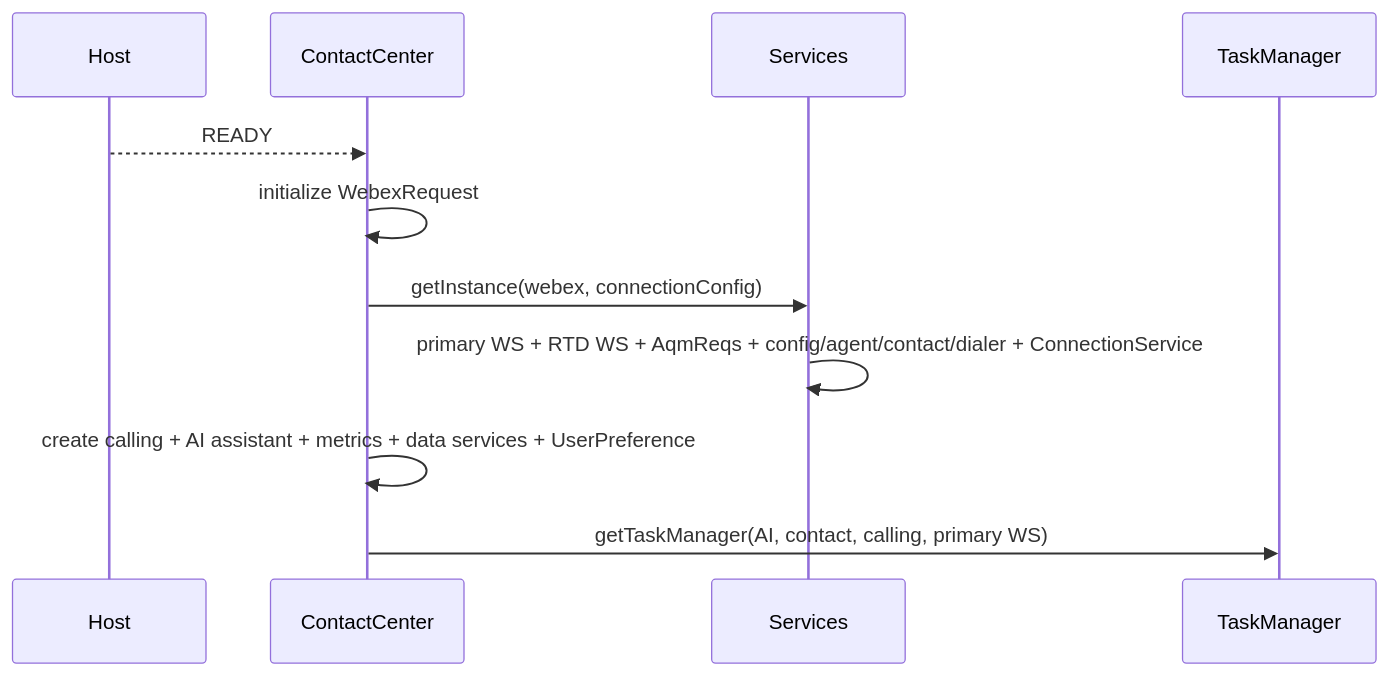
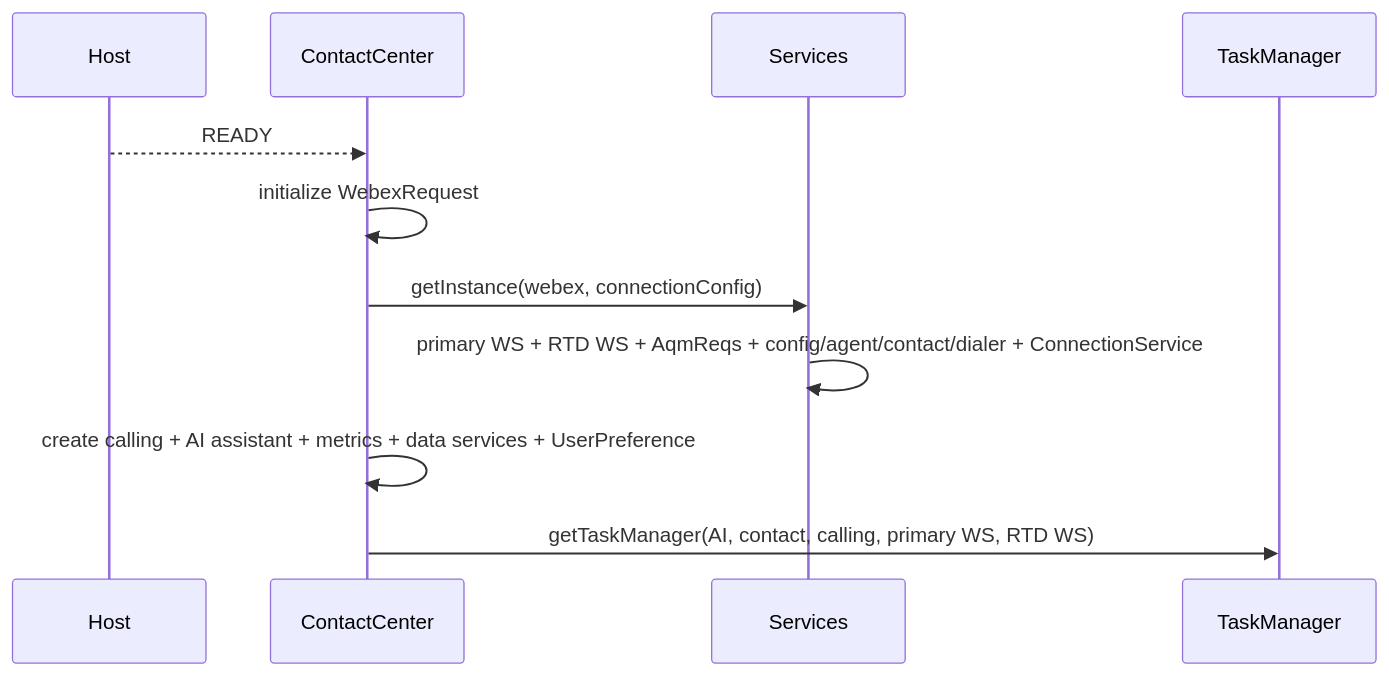
The second of 6 diagrams in packages/@webex/contact-center/src/services/ai-docs/services-spec.md (webex/webex-js-sdk), drawn with Mermaid before and after one commit. The commit also changed other lines of this file and 12 other files, not shown here.

````diff
--- a/packages/@webex/contact-center/src/services/ai-docs/services-spec.md
+++ b/packages/@webex/contact-center/src/services/ai-docs/services-spec.md
@@ -321,13 +321,13 @@
 ```mermaid
 sequenceDiagram
   participant Host
   participant CC as ContactCenter
   participant S as Services
   participant TM as TaskManager
   Host-->>CC: READY
   CC->>CC: initialize WebexRequest
   CC->>S: getInstance(webex, connectionConfig)
   S->>S: primary WS + RTD WS + AqmReqs + config/agent/contact/dialer + ConnectionService
   CC->>CC: create calling + AI assistant + metrics + data services + UserPreference
-  CC->>TM: getTaskManager(AI, contact, calling, primary WS)
+  CC->>TM: getTaskManager(AI, contact, calling, primary WS, RTD WS)
 ```
````
